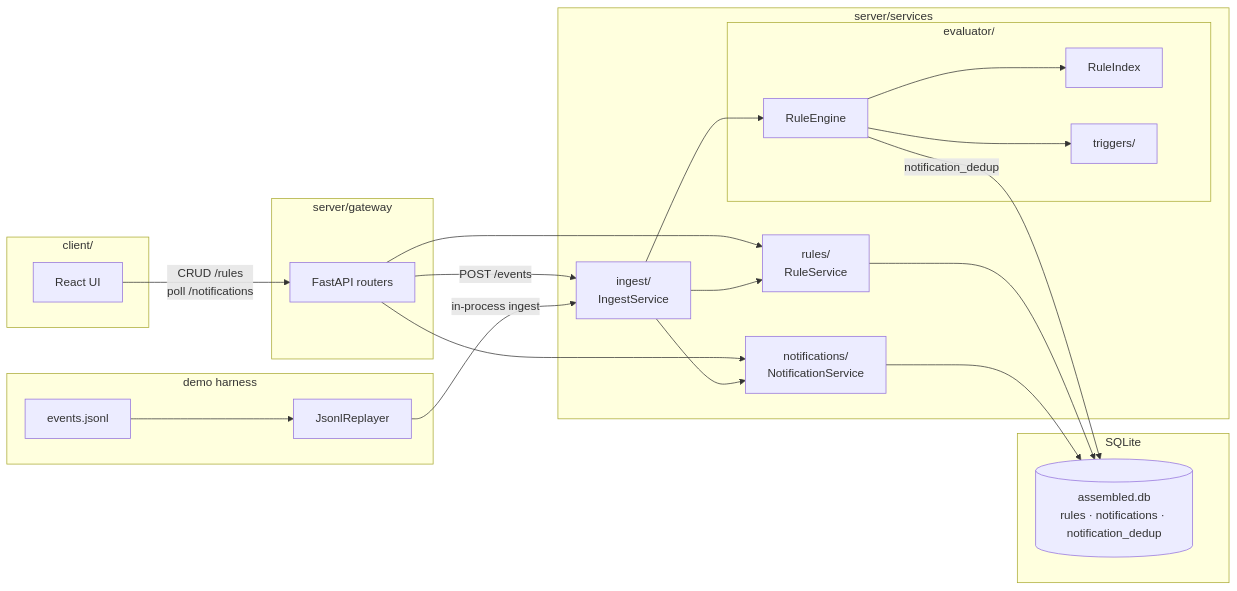
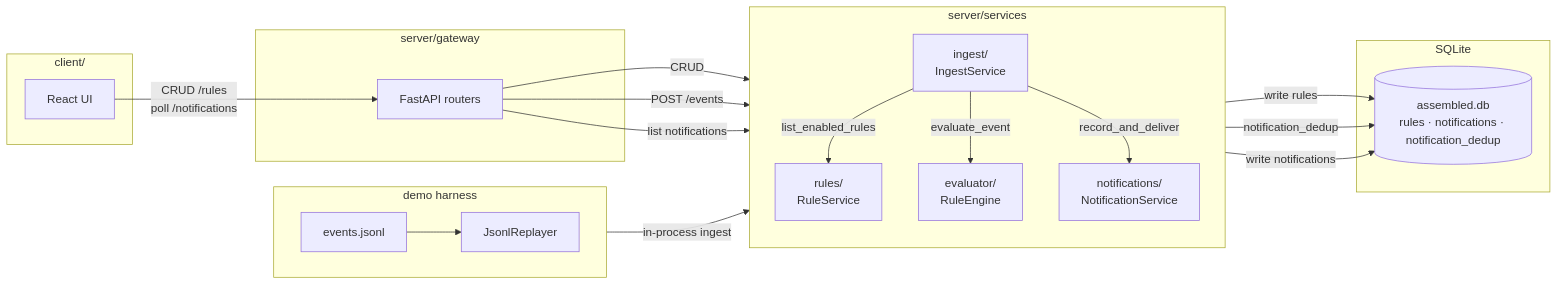
Before and after one commit to idkuri/intraday-notification-system: the diagram in README.md, drawn with Mermaid. The commit also changed other lines of this file and 1 other file, not shown here.

Commit message:
docs: update PRD.md and README.md

````diff
--- a/README.md
+++ b/README.md
@@ -20,49 +20,42 @@
 ```mermaid
 flowchart LR
   subgraph Client["client/"]
     UI["React UI"]
   end
 
   subgraph Gateway["server/gateway"]
     API["FastAPI routers"]
   end
 
   subgraph Services["server/services"]
+    direction TB
     Rules["rules/<br/>RuleService"]
     Ingest["ingest/<br/>IngestService"]
+    Engine["evaluator/<br/>RuleEngine"]
     Notify["notifications/<br/>NotificationService"]
-
-    subgraph Evaluator["evaluator/"]
-      Engine["RuleEngine"]
-      Index["RuleIndex"]
-      Triggers["triggers/"]
-    end
   end
 
   subgraph Data["SQLite"]
     DB[("assembled.db<br/>rules · notifications · notification_dedup")]
   end
 
   subgraph Harness["demo harness"]
-    JSONL["events.jsonl"]
-    Replayer["JsonlReplayer"]
+    direction LR
+    JSONL["events.jsonl"] --> Replayer["JsonlReplayer"]
   end
 
   UI -->|"CRUD /rules<br/>poll /notifications"| API
-  API --> Rules
+  API -->|"CRUD"| Rules
   API -->|"POST /events"| Ingest
-  API --> Notify
+  API -->|"list notifications"| Notify
 
-  Ingest --> Rules
-  Ingest --> Engine
-  Ingest --> Notify
+  Ingest -->|"list_enabled_rules"| Rules
+  Ingest -->|"evaluate_event"| Engine
+  Ingest -->|"record_and_deliver"| Notify
 
-  Engine --> Index
-  Engine --> Triggers
+  Rules -->|"write rules"| DB
   Engine -->|"notification_dedup"| DB
-  Rules --> DB
-  Notify --> DB
+  Notify -->|"write notifications"| DB
 
-  JSONL --> Replayer
   Replayer -->|"in-process ingest"| Ingest
 ```
````
